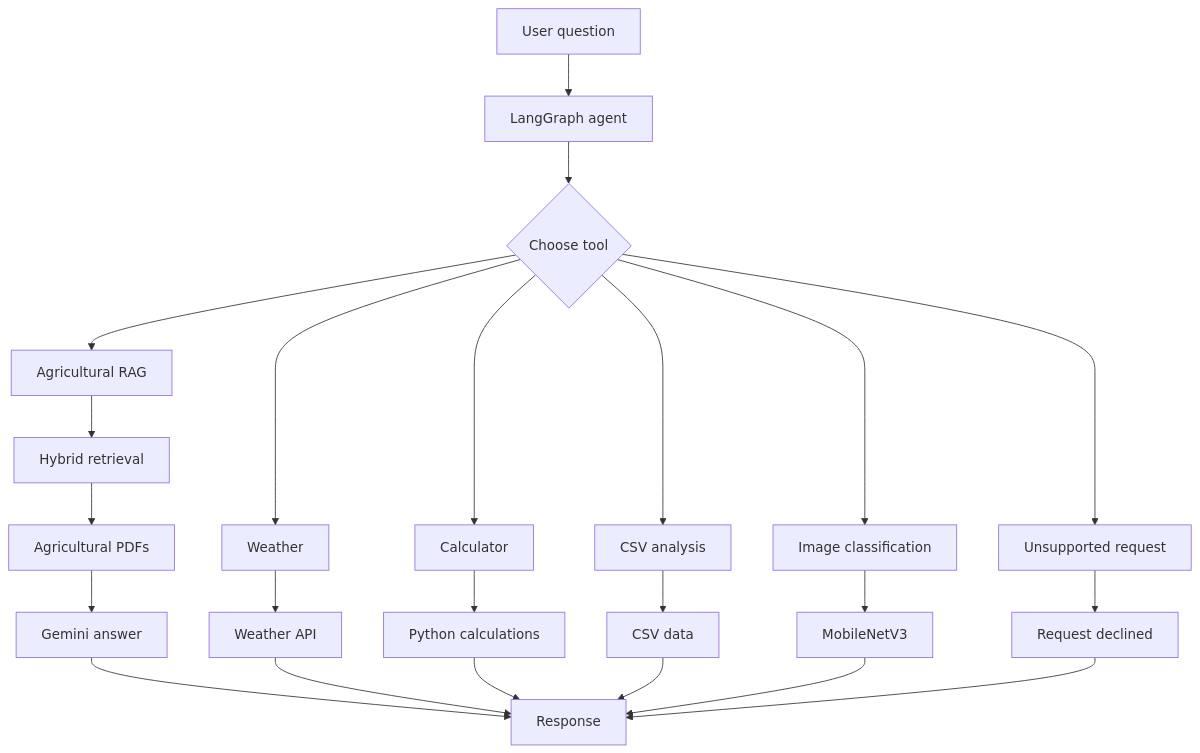
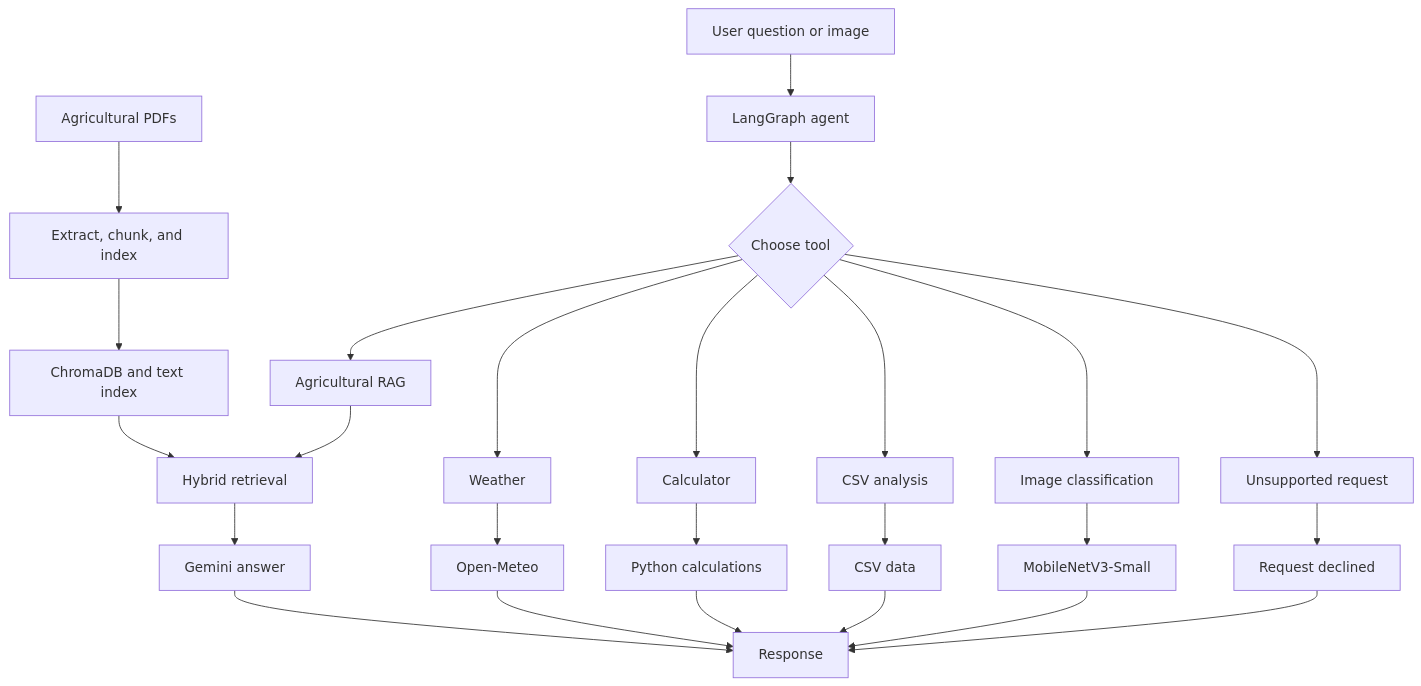
Before and after one commit to Muhammad-Usman-Shah/AgriAssist-RX: the diagram in README.md, drawn with Mermaid. The commit also changed other lines of this file and 5 other files, not shown here.

````diff
--- a/README.md
+++ b/README.md
@@ -30,29 +62,31 @@
 ```mermaid
 flowchart TD
-    A["User question"] --> B["LangGraph agent"]
+    A["User question or image"] --> B["LangGraph agent"]
     B --> C{"Choose tool"}
 
     C --> D["Agricultural RAG"]
     C --> E["Weather"]
     C --> F["Calculator"]
     C --> G["CSV analysis"]
     C --> H["Image classification"]
     C --> I["Unsupported request"]
 
-    D --> J["Hybrid retrieval"]
-    J --> K["Agricultural PDFs"]
-    K --> L["Gemini answer"]
+    P["Agricultural PDFs"] --> T["Extract, chunk, and index"]
+    T --> U["ChromaDB and text index"]
+    U --> J["Hybrid retrieval"]
+    D --> J
+    J --> L["Gemini answer"]
 
-    E --> M["Weather API"]
+    E --> M["Open-Meteo"]
     F --> N["Python calculations"]
     G --> O["CSV data"]
-    H --> P["MobileNetV3"]
+    H --> V["MobileNetV3-Small"]
     I --> Q["Request declined"]
 
     L --> R["Response"]
     M --> R
     N --> R
     O --> R
-    P --> R
+    V --> R
     Q --> R
 ```
````
